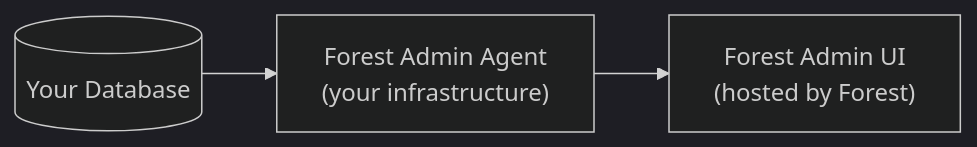
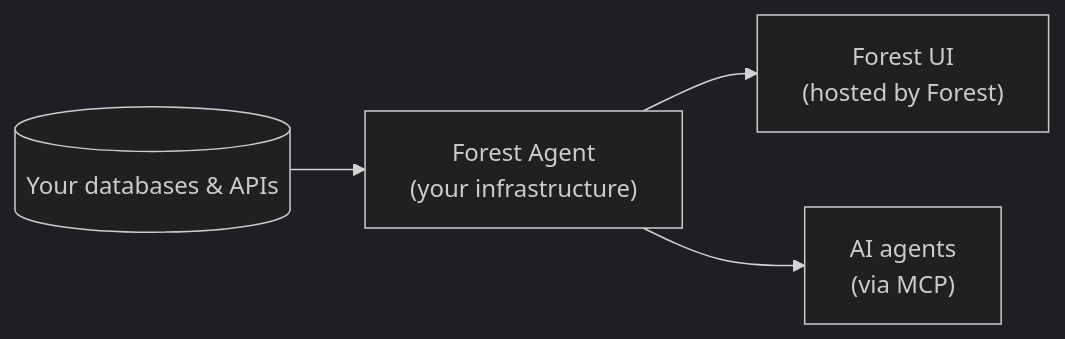
The diagram in get-started/intro-to-forest-admin.mdx (ForestAdmin/docs), drawn with Mermaid (dark theme) before and after one commit. The commit also changed other lines of this file and 156 other files, not shown here.

````diff
--- a/get-started/intro-to-forest-admin.mdx
+++ b/get-started/intro-to-forest-admin.mdx
@@ -12,9 +14,11 @@
 ```mermaid
 graph LR
-    DB[("Your Database")]
-    Agent["Forest Admin Agent\n(your infrastructure)"]
-    UI["Forest Admin UI\n(hosted by Forest)"]
+    DB[("Your databases & APIs")]
+    Agent["Forest Agent<br/>(your infrastructure)"]
+    UI["Forest UI<br/>(hosted by Forest)"]
+    MCP["AI agents<br/>(via MCP)"]
 
     DB --> Agent
     Agent --> UI
+    Agent --> MCP
 ```
````
